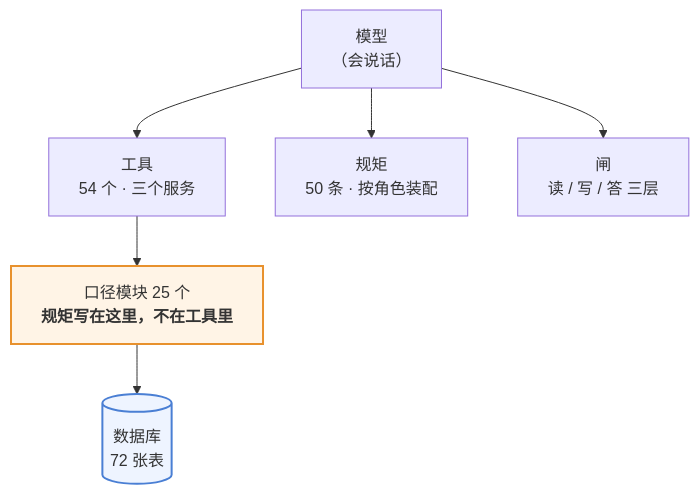
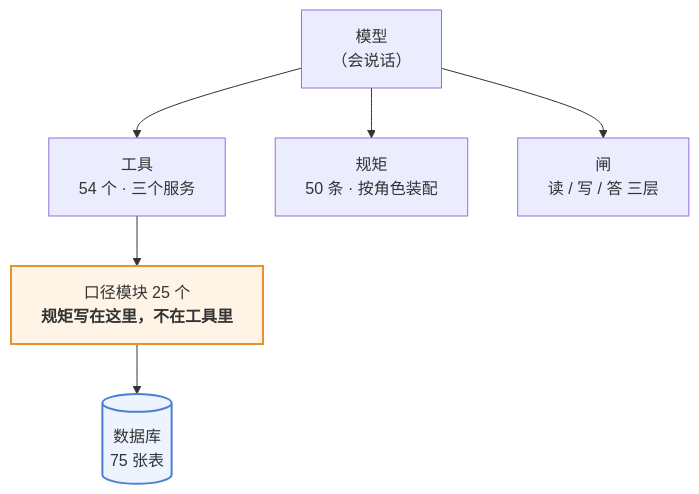
One commit to 843773296-rgb/lanxiu-yunshang-agent changed the first of 3 diagrams in 澜绣云裳agent-产品说明.md. Above: the diagram before and after it, drawn with Mermaid. The commit also changed other lines of this file and 8 other files, not shown here.

````diff
--- a/澜绣云裳agent-产品说明.md
+++ b/澜绣云裳agent-产品说明.md
@@ -62,12 +62,12 @@
 ```mermaid
 flowchart TD
     M["模型<br/>（会说话）"]
     M --> T["工具<br/>54 个 · 三个服务"]
     M --> R["规矩<br/>50 条 · 按角色装配"]
     M --> G["闸<br/>读 / 写 / 答 三层"]
     T --> K["口径模块 25 个<br/><b>规矩写在这里，不在工具里</b>"]
-    K --> DB[("数据库<br/>72 张表")]
+    K --> DB[("数据库<br/>75 张表")]
 
     style K fill:#fff4e6,stroke:#e8912d,stroke-width:2px
     style DB fill:#eef4ff,stroke:#4a7fd4,stroke-width:2px
 ```
````
